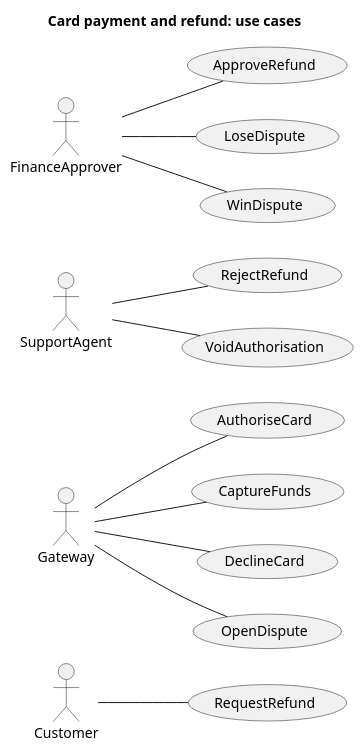
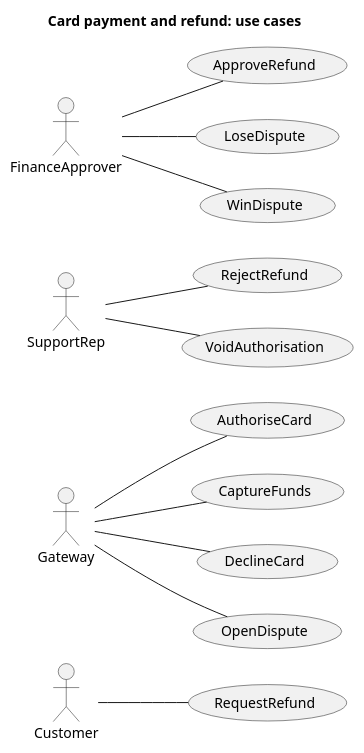
Before and after one commit to 45ck/eija-studio: the third of 3 diagrams in verification/interop/generated/card-payment.puml, drawn with PlantUML. The commit also changed other lines of this file and 9 other files, not shown here.

```diff
--- a/verification/interop/generated/card-payment.puml
+++ b/verification/interop/generated/card-payment.puml
@@ -73,28 +73,28 @@
 @startuml card-payment-use-cases
 title Card payment and refund: use cases
 left to right direction
 actor "Customer" as A_437573746f6d6572
 actor "Gateway" as A_47617465776179
-actor "SupportAgent" as A_537570706f72744167656e74
+actor "SupportRep" as A_537570706f7274526570
 actor "FinanceApprover" as A_46696e616e6365417070726f766572
 usecase "ApproveRefund" as UC_417070726f7665526566756e64
 usecase "AuthoriseCard" as UC_417574686f7269736543617264
 usecase "CaptureFunds" as UC_4361707475726546756e6473
 usecase "DeclineCard" as UC_4465636c696e6543617264
 usecase "LoseDispute" as UC_4c6f736544697370757465
 usecase "OpenDispute" as UC_4f70656e44697370757465
 usecase "RejectRefund" as UC_52656a656374526566756e64
 usecase "RequestRefund" as UC_52657175657374526566756e64
 usecase "VoidAuthorisation" as UC_566f6964417574686f7269736174696f6e
 usecase "WinDispute" as UC_57696e44697370757465
 A_46696e616e6365417070726f766572 -- UC_417070726f7665526566756e64
 A_47617465776179 -- UC_417574686f7269736543617264
 A_47617465776179 -- UC_4361707475726546756e6473
 A_47617465776179 -- UC_4465636c696e6543617264
 A_47617465776179 -- UC_4f70656e44697370757465
 A_46696e616e6365417070726f766572 -- UC_4c6f736544697370757465
-A_537570706f72744167656e74 -- UC_52656a656374526566756e64
+A_537570706f7274526570 -- UC_52656a656374526566756e64
 A_437573746f6d6572 -- UC_52657175657374526566756e64
-A_537570706f72744167656e74 -- UC_566f6964417574686f7269736174696f6e
+A_537570706f7274526570 -- UC_566f6964417574686f7269736174696f6e
 A_46696e616e6365417070726f766572 -- UC_57696e44697370757465
 @enduml
```
